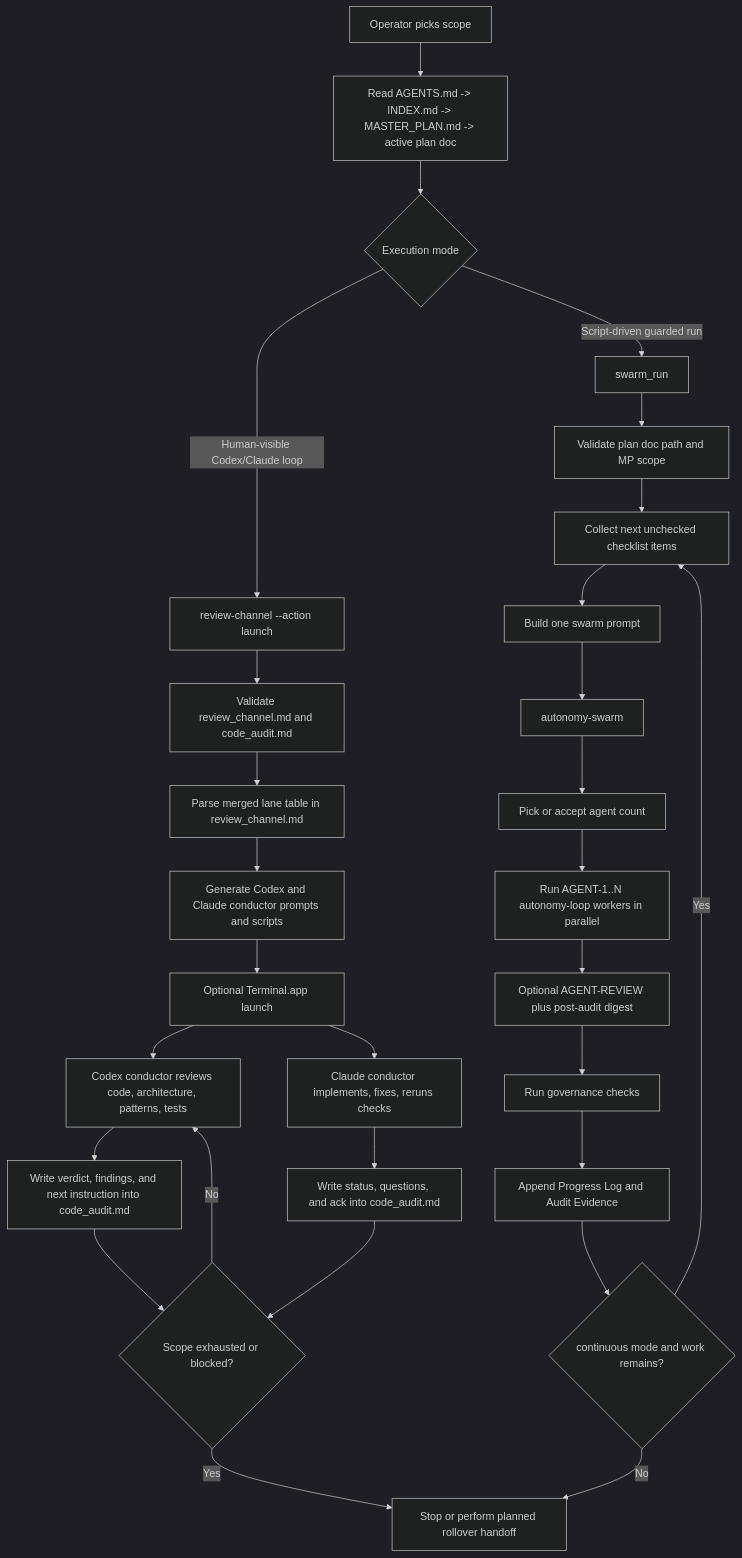
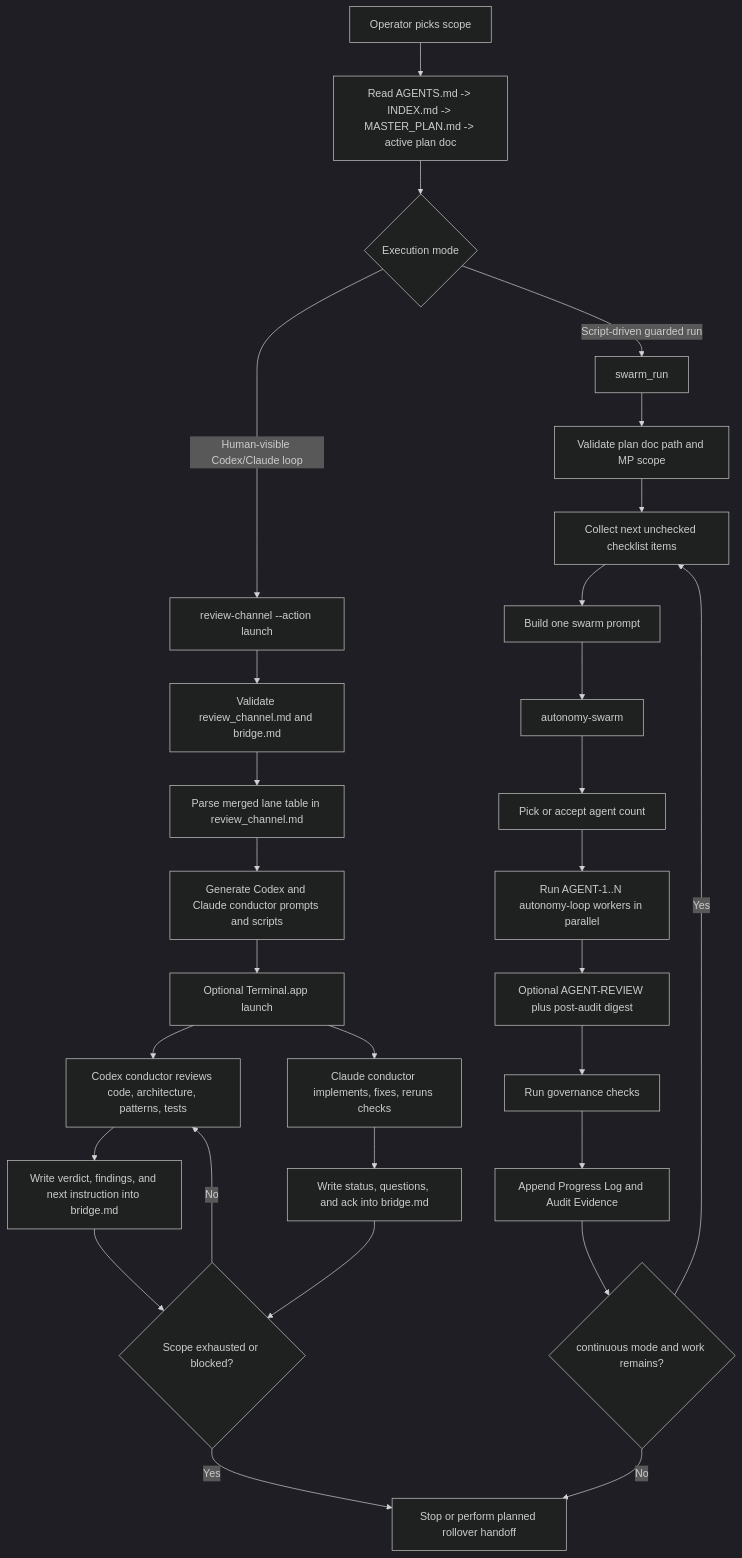
One commit to jguida941/voiceterm changed the first of 4 diagrams in dev/guides/AGENT_COLLABORATION_SYSTEM.md. Above: the diagram before and after it, drawn with Mermaid (dark theme). The commit also changed other lines of this file and 98 other files, not shown here.

````diff
--- a/dev/guides/AGENT_COLLABORATION_SYSTEM.md
+++ b/dev/guides/AGENT_COLLABORATION_SYSTEM.md
@@ -74,33 +74,33 @@
 ```mermaid
 flowchart TD
   A[Operator picks scope] --> B[Read AGENTS.md -> INDEX.md -> MASTER_PLAN.md -> active plan doc]
   B --> C{Execution mode}
 
   C -->|Human-visible Codex/Claude loop| D[review-channel --action launch]
-  D --> E[Validate review_channel.md and code_audit.md]
+  D --> E[Validate review_channel.md and bridge.md]
   E --> F[Parse merged lane table in review_channel.md]
   F --> G[Generate Codex and Claude conductor prompts and scripts]
   G --> H[Optional Terminal.app launch]
   H --> I[Codex conductor reviews code, architecture, patterns, tests]
   H --> J[Claude conductor implements, fixes, reruns checks]
-  I --> K[Write verdict, findings, and next instruction into code_audit.md]
-  J --> L[Write status, questions, and ack into code_audit.md]
+  I --> K[Write verdict, findings, and next instruction into bridge.md]
+  J --> L[Write status, questions, and ack into bridge.md]
   K --> M{Scope exhausted or blocked?}
   L --> M
   M -->|No| I
   M -->|Yes| N[Stop or perform planned rollover handoff]
 
   C -->|Script-driven guarded run| O[swarm_run]
   O --> P[Validate plan doc path and MP scope]
   P --> Q[Collect next unchecked checklist items]
   Q --> R[Build one swarm prompt]
   R --> S[autonomy-swarm]
   S --> T[Pick or accept agent count]
   T --> U[Run AGENT-1..N autonomy-loop workers in parallel]
   U --> V[Optional AGENT-REVIEW plus post-audit digest]
   V --> W[Run governance checks]
   W --> X[Append Progress Log and Audit Evidence]
   X --> Y{continuous mode and work remains?}
   Y -->|Yes| Q
   Y -->|No| N
 ```
````
